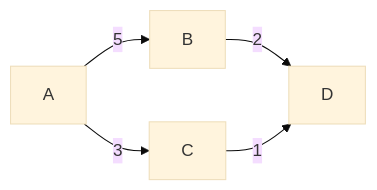
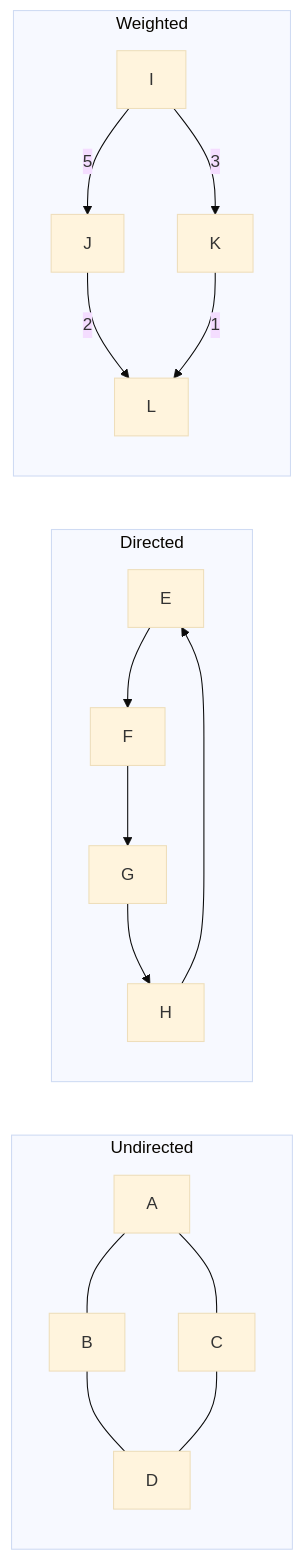
The first of 7 diagrams in chapters/11-graphs.md (sb2k16/data-structures-book), drawn with Mermaid (base theme) before and after one commit. The commit also changed other lines of this file and 3 other files, not shown here.

````diff
--- a/chapters/11-graphs.md
+++ b/chapters/11-graphs.md
@@ -178,7 +20,21 @@
 ```mermaid
 graph LR
-    A -->|5| B
-    A -->|3| C
-    B -->|2| D
-    C -->|1| D
+    subgraph Undirected
+        A --- B
+        A --- C
+        B --- D
+        C --- D
+    end
+    subgraph Directed
+        E --> F
+        F --> G
+        G --> H
+        H --> E
+    end
+    subgraph Weighted
+        I -->|5| J
+        I -->|3| K
+        J -->|2| L
+        K -->|1| L
+    end
 ```
````
